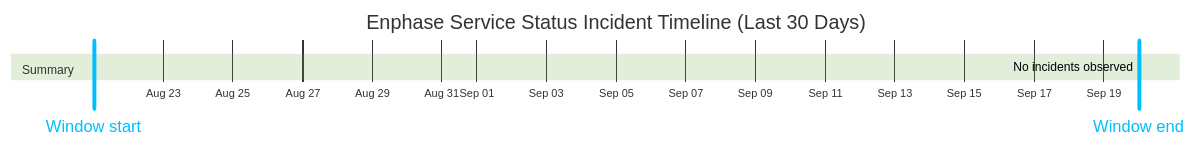
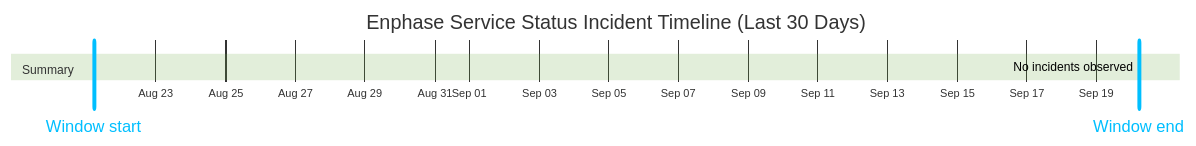
Before and after one commit to barneyonline/ha-enphase-energy: the diagram in wiki/Service-Status-History.md, drawn with Mermaid (forest theme). The commit also changed other lines of this file and 3 other files, not shown here.

````diff
--- a/wiki/Service-Status-History.md
+++ b/wiki/Service-Status-History.md
@@ -14,10 +14,10 @@
 ```mermaid
 gantt
     title Enphase Service Status Incident Timeline (Last 30 Days)
     dateFormat  YYYY-MM-DDTHH:mm:ss
     axisFormat  %b %d
-    Window start :vert, window-start, 2026-08-21T00:14:57, 0ms
-    Window end :vert, window-end, 2026-09-20T00:14:57, 0ms
+    Window start :vert, window-start, 2026-08-21T05:11:22, 0ms
+    Window end :vert, window-end, 2026-09-20T05:11:22, 0ms
     section Summary
-    No incidents observed :done, 2026-09-20T00:14:57, 1m
+    No incidents observed :done, 2026-09-20T05:11:22, 1m
 ```
````
